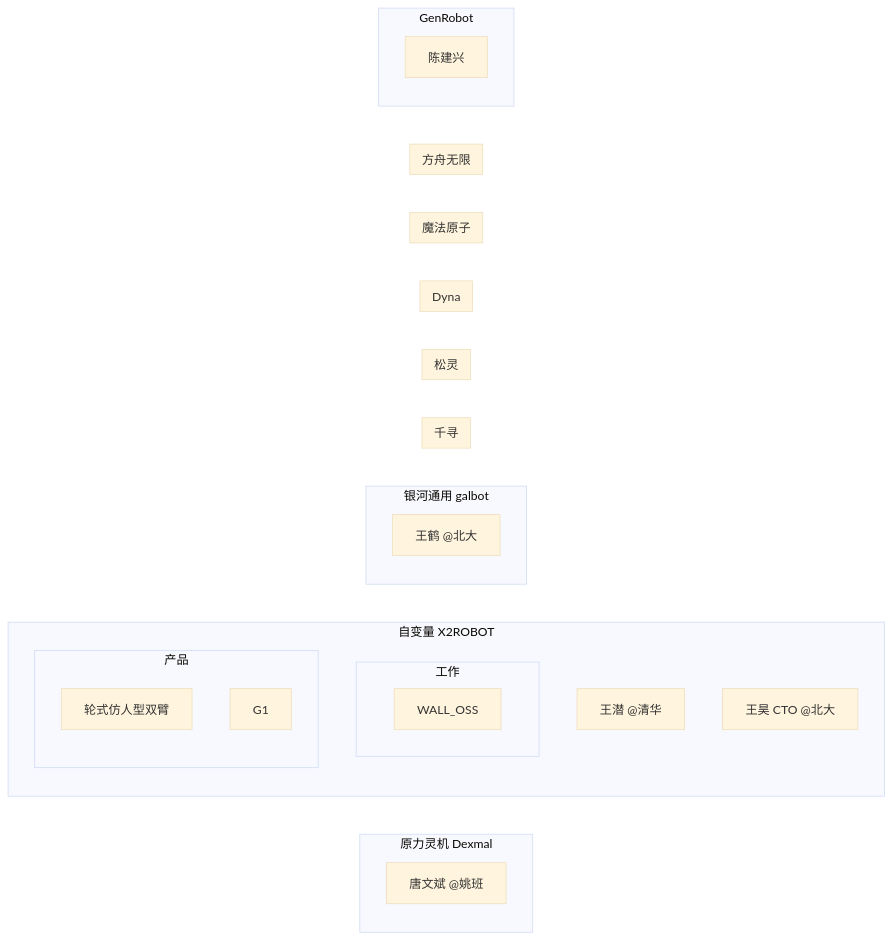
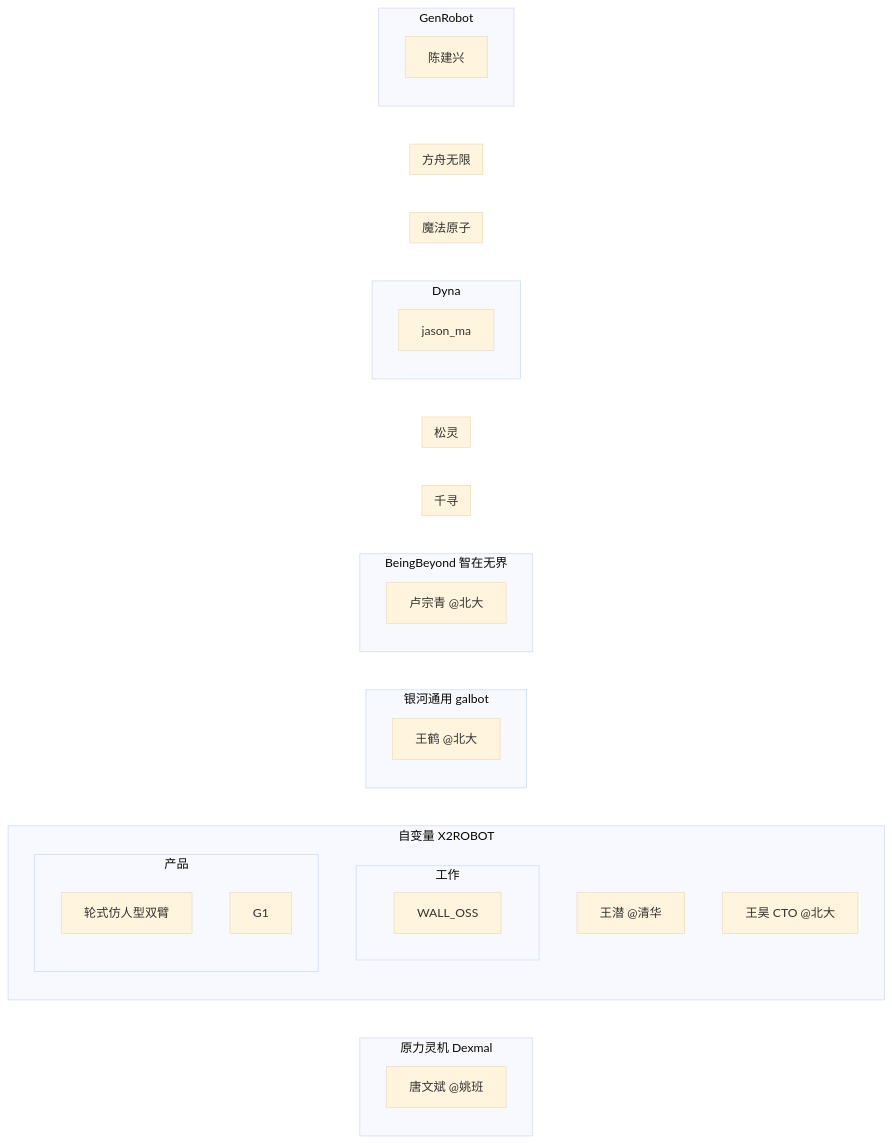
Before and after one commit to julyfun/how-to: the second of 2 diagrams in peoples.md, drawn with Mermaid (base theme). The commit also changed other lines of this file, not shown here.

````diff
--- a/peoples.md
+++ b/peoples.md
@@ -62,38 +62,43 @@
 ```mermaid
 flowchart LR
     subgraph 自变量 X2ROBOT
         qian_wang[王潜 @清华]
         hao_wang[王昊 CTO @北大]
         subgraph 工作
             WALL_OSS
         end
         subgraph 产品
             x2_a[轮式仿人型双臂]
         end
     end
     subgraph 原力灵机 Dexmal
         wenbin_tang[唐文斌 @姚班]
     end
 
     subgraph 银河通用 galbot
         he_wang[王鹤 @北大]
         subgraph 产品
             galbot_G1[G1]
         end
     end
 
+    subgraph BeingBeyond 智在无界
+        zongqing_lu[卢宗青 @北大]
+    end
+
     subgraph 千寻
     end
 
     subgraph 松灵
     end
     subgraph Dyna
+        jason_ma
     end
     subgraph 魔法原子
     end
     subgraph 方舟无限
     end
     subgraph GenRobot
         jianxing_chen[陈建兴]
     end
 ```
````
